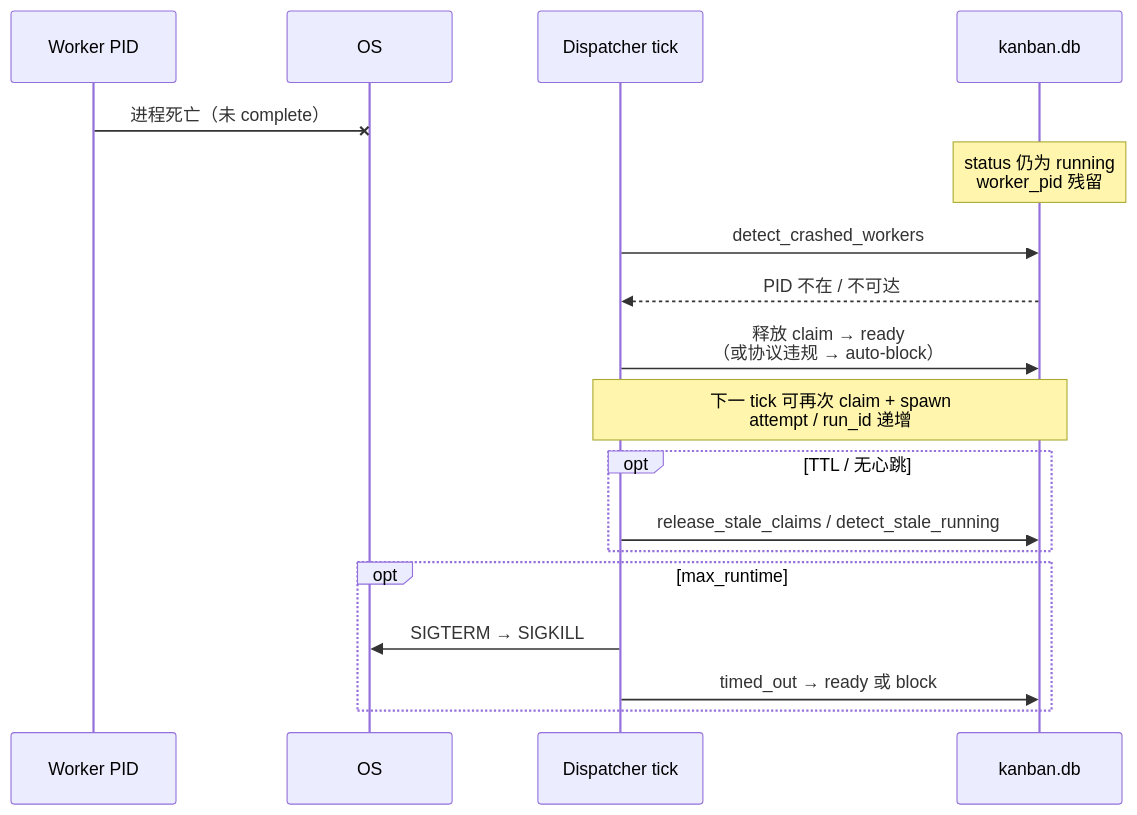
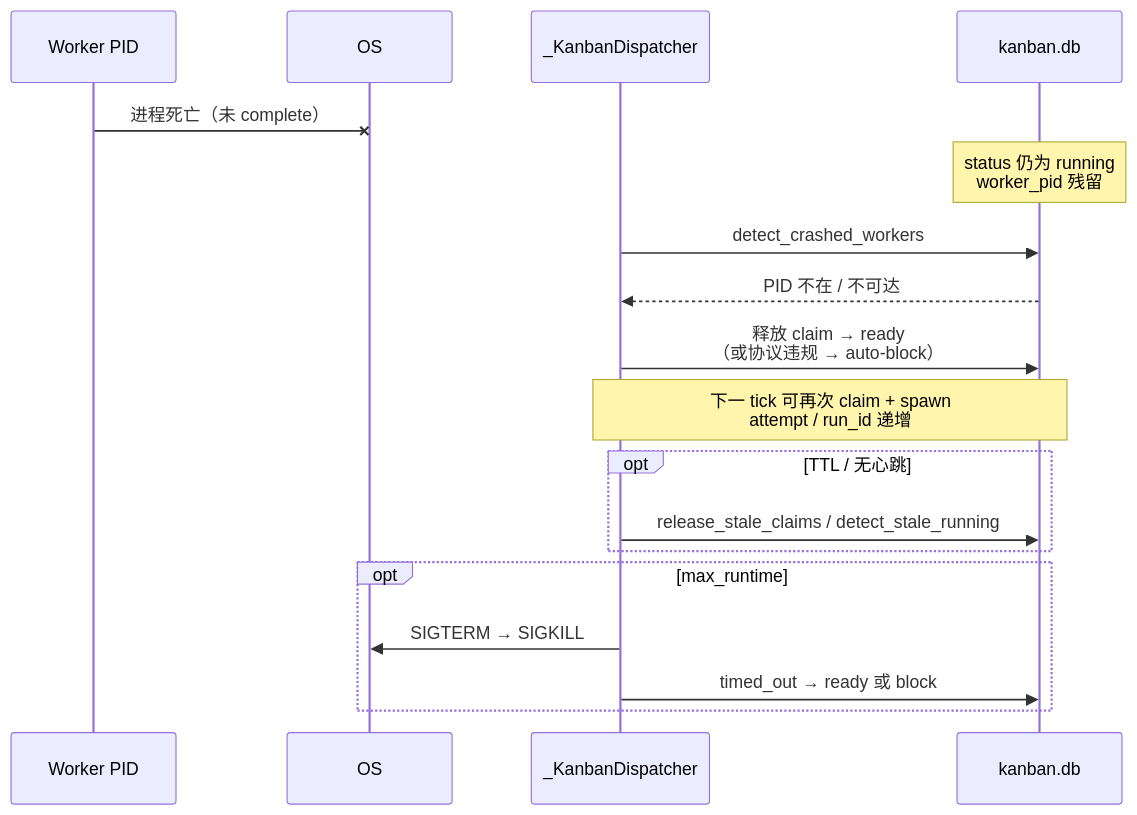
Before and after one commit to themass/agent-docs: the fifth of 9 diagrams in hermes/docs/archive/legacy/KANBAN_MULTIAGENT_DEEP_ANALYSIS.md, drawn with Mermaid. The commit also changed other lines of this file and 508 other files, not shown here.

````diff
--- a/hermes/docs/archive/legacy/KANBAN_MULTIAGENT_DEEP_ANALYSIS.md
+++ b/hermes/docs/archive/legacy/KANBAN_MULTIAGENT_DEEP_ANALYSIS.md
@@ -428,23 +585,23 @@
 ```mermaid
 sequenceDiagram
   participant W as Worker PID
   participant OS as OS
-  participant GW as Dispatcher tick
+  participant GW as _KanbanDispatcher
   participant DB as kanban.db
 
   W-xOS: 进程死亡（未 complete）
   Note over DB: status 仍为 running<br/>worker_pid 残留
 
   GW->>DB: detect_crashed_workers
   DB-->>GW: PID 不在 / 不可达
   GW->>DB: 释放 claim → ready<br/>（或协议违规 → auto-block）
   Note over GW,DB: 下一 tick 可再次 claim + spawn<br/>attempt / run_id 递增
 
   opt TTL / 无心跳
     GW->>DB: release_stale_claims / detect_stale_running
   end
   opt max_runtime
     GW->>OS: SIGTERM → SIGKILL
     GW->>DB: timed_out → ready 或 block
   end
 ```
````
